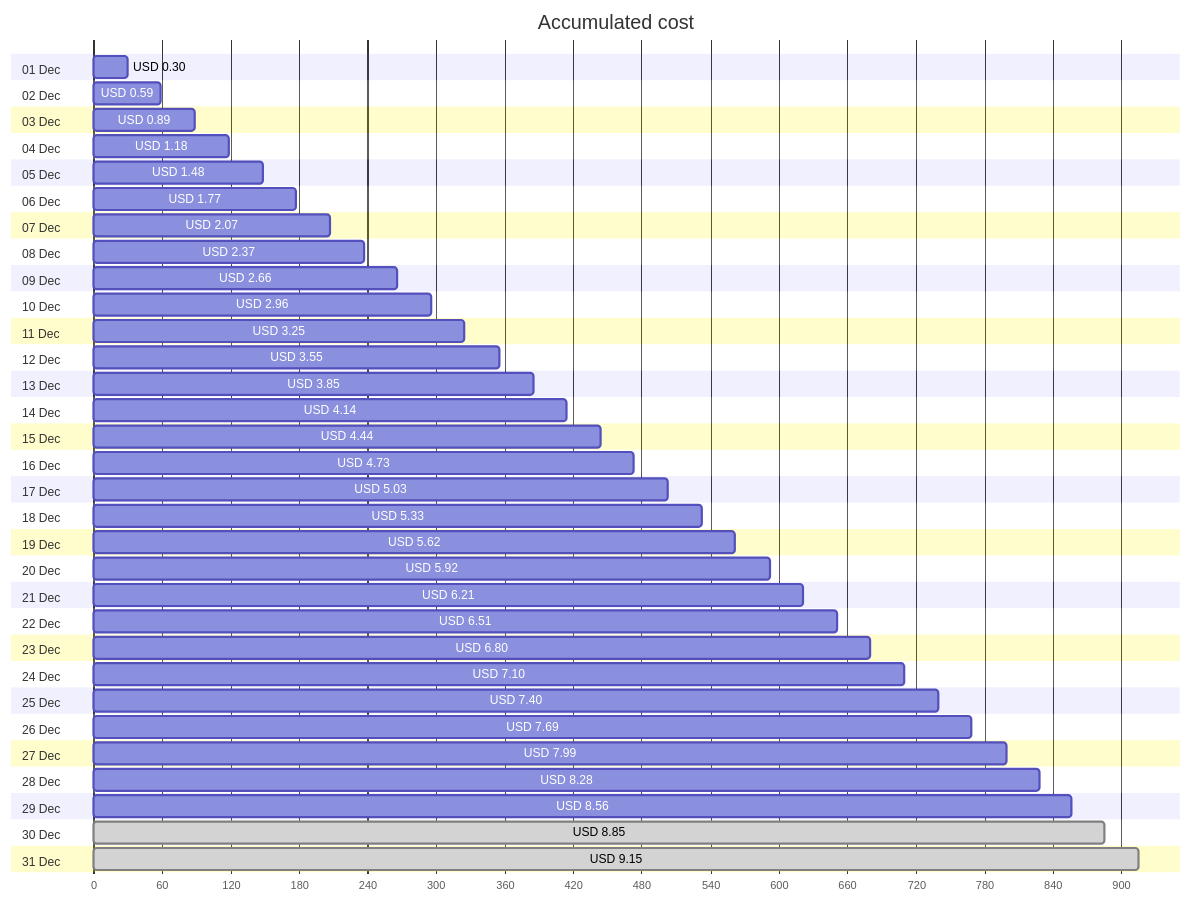
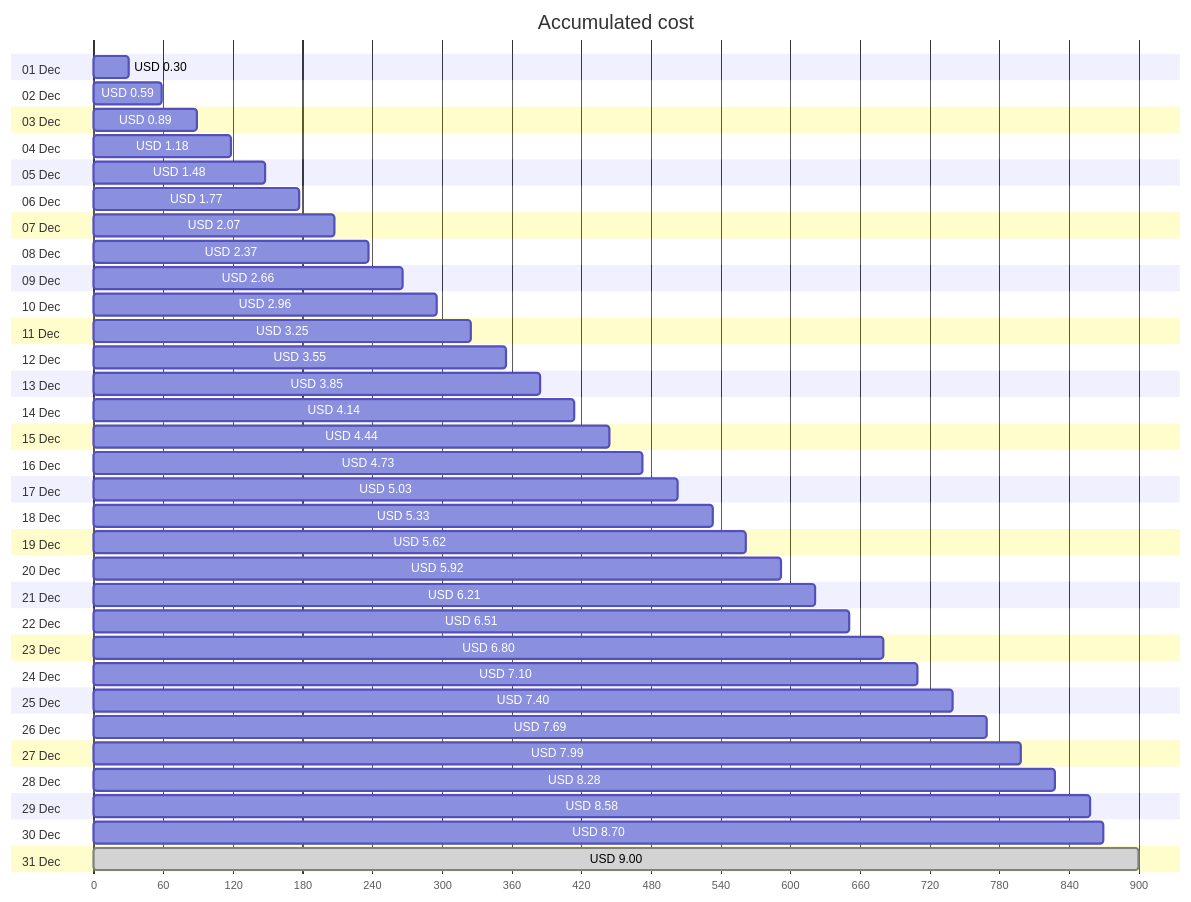
One commit to jpfulton/azure-personal-reports changed the first of 4 diagrams in cost-reports/personal-site/personal-site-preview.md. Above: the diagram before and after it, drawn with Mermaid. The commit also changed other lines of this file and 6 other files, not shown here.

````diff
--- a/cost-reports/personal-site/personal-site-preview.md
+++ b/cost-reports/personal-site/personal-site-preview.md
@@ -20,68 +20,68 @@
 ```mermaid
 gantt
    title Accumulated cost
    dateFormat  X
    axisFormat %s
    section 01 Dec
    USD 0.30 :0, 30
    section 02 Dec
    USD 0.59 :0, 59
    section 03 Dec
    USD 0.89 :0, 89
    section 04 Dec
    USD 1.18 :0, 118
    section 05 Dec
    USD 1.48 :0, 148
    section 06 Dec
    USD 1.77 :0, 177
    section 07 Dec
    USD 2.07 :0, 207
    section 08 Dec
    USD 2.37 :0, 237
    section 09 Dec
    USD 2.66 :0, 266
    section 10 Dec
    USD 2.96 :0, 296
    section 11 Dec
    USD 3.25 :0, 325
    section 12 Dec
    USD 3.55 :0, 355
    section 13 Dec
    USD 3.85 :0, 385
    section 14 Dec
    USD 4.14 :0, 414
    section 15 Dec
    USD 4.44 :0, 444
    section 16 Dec
    USD 4.73 :0, 473
    section 17 Dec
    USD 5.03 :0, 503
    section 18 Dec
    USD 5.33 :0, 533
    section 19 Dec
    USD 5.62 :0, 562
    section 20 Dec
    USD 5.92 :0, 592
    section 21 Dec
    USD 6.21 :0, 621
    section 22 Dec
    USD 6.51 :0, 651
    section 23 Dec
    USD 6.80 :0, 680
    section 24 Dec
    USD 7.10 :0, 710
    section 25 Dec
    USD 7.40 :0, 740
    section 26 Dec
    USD 7.69 :0, 769
    section 27 Dec
    USD 7.99 :0, 799
    section 28 Dec
    USD 8.28 :0, 828
    section 29 Dec
-   USD 8.56 :0, 856
+   USD 8.58 :0, 858
    section 30 Dec
-   USD 8.85 : done, 0, 885
+   USD 8.70 :0, 870
    section 31 Dec
-   USD 9.15 : done, 0, 915
+   USD 9.00 : done, 0, 900
 ```
````
